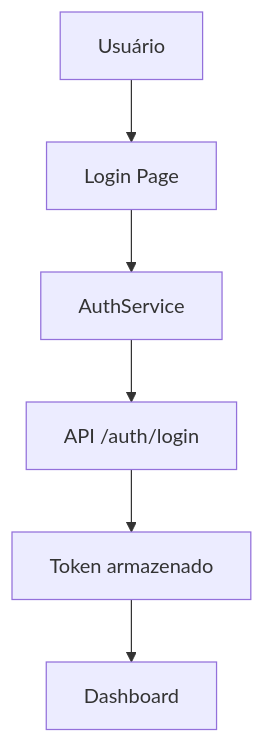
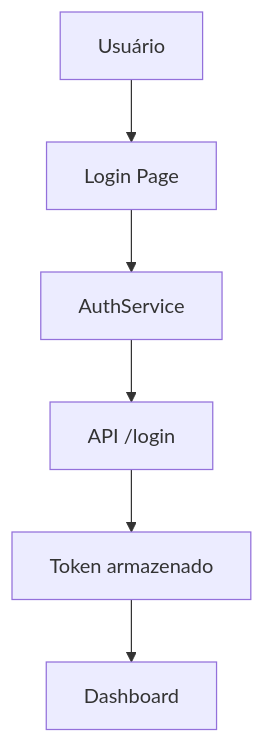
One commit to mitaloammon/simplyfood_ changed the third of 4 diagrams in frontend/AGENTS.md. Above: the diagram before and after it, drawn with Mermaid. The commit also changed other lines of this file and 1 other file, not shown here.

````diff
--- a/frontend/AGENTS.md
+++ b/frontend/AGENTS.md
@@ -415,8 +450,8 @@
 ```mermaid
 flowchart TD
     A[Usuário] --> B[Login Page]
     B --> C[AuthService]
-    C --> D[API /auth/login]
+    C --> D[API /login]
     D --> E[Token armazenado]
     E --> F[Dashboard]
 ```
````
